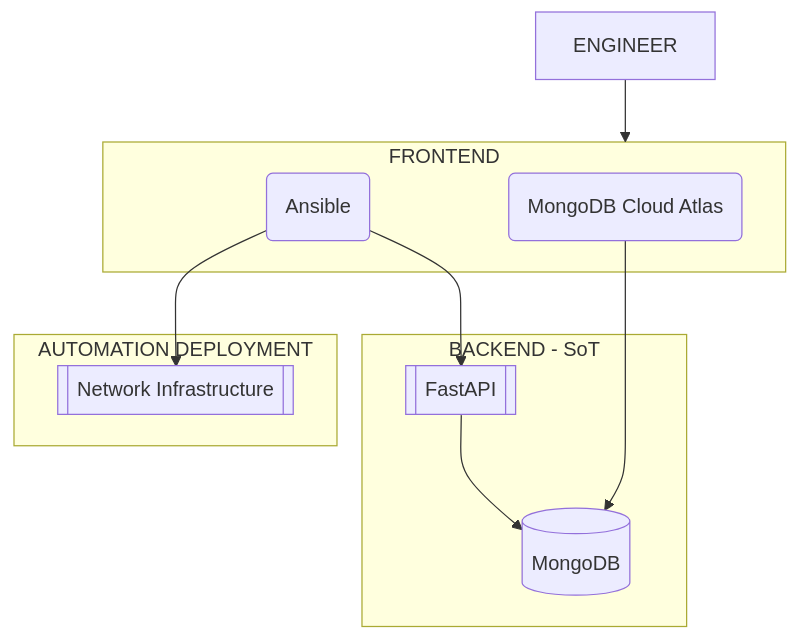
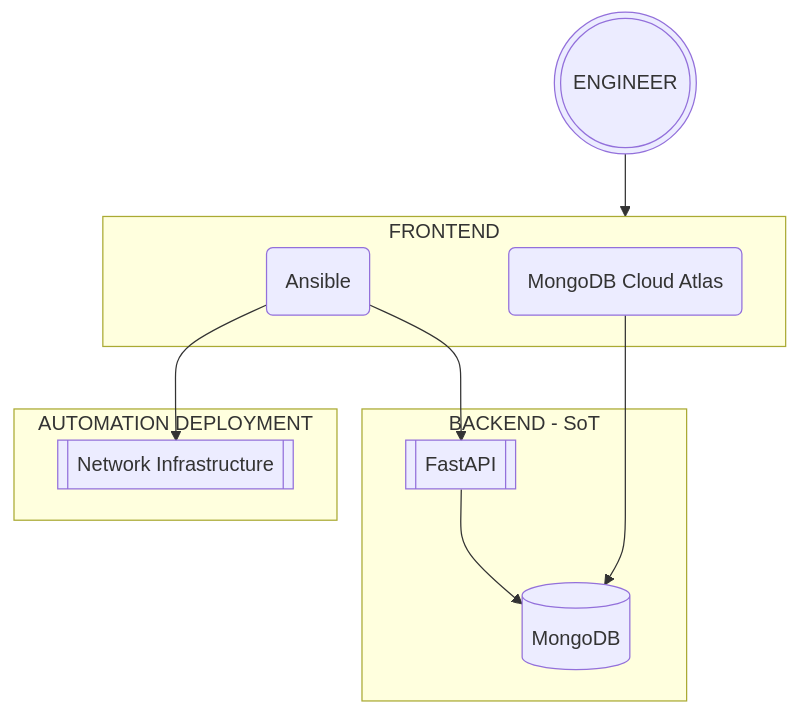
Before and after one commit to jnaranjom/iac_network_deployment: the diagram in diagrams/automation_framework.md, drawn with Mermaid.

````diff
--- a/diagrams/automation_framework.md
+++ b/diagrams/automation_framework.md
@@ -1,20 +1,20 @@
 ```mermaid
 flowchart TB
     A[(MongoDB)]
     B[[FastAPI]]
     C(MongoDB Cloud Atlas)
     D(Ansible)
     E[[Network Infrastructure]]
-    F[ENGINEER]
+    F(((ENGINEER)))
     subgraph BACKEND - SoT
         B --> A
     end
     subgraph FRONTEND
         C --> A
         D --> B
     end
     F --> FRONTEND
     subgraph AUTOMATION DEPLOYMENT
         D --> E
     end
 ```
````
